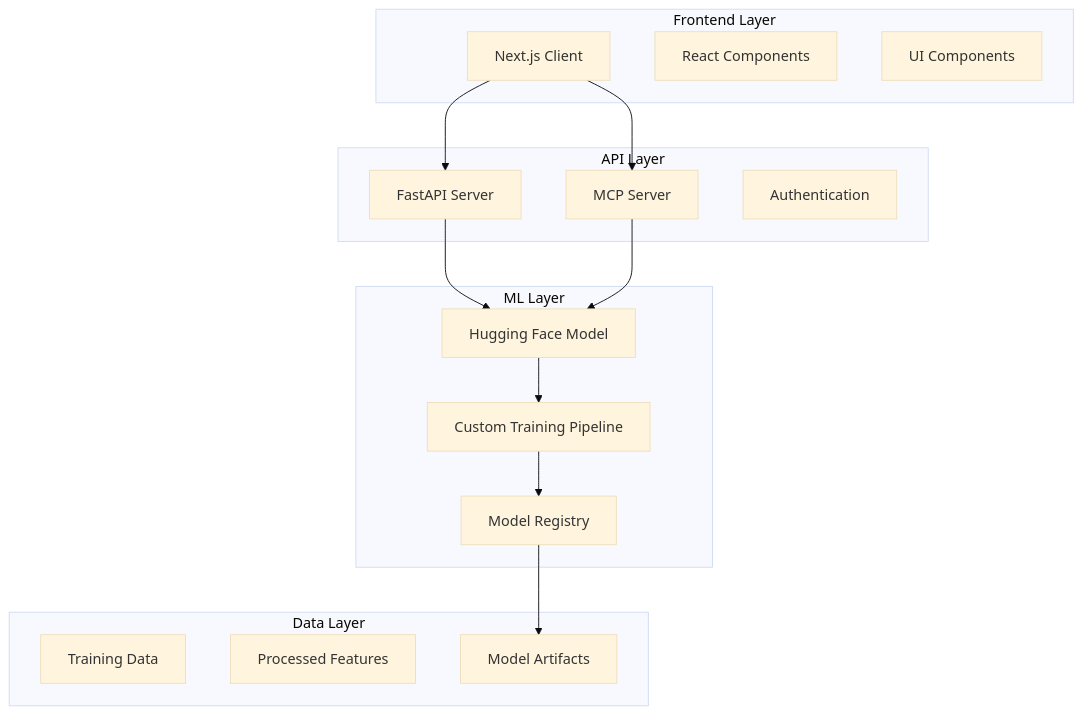
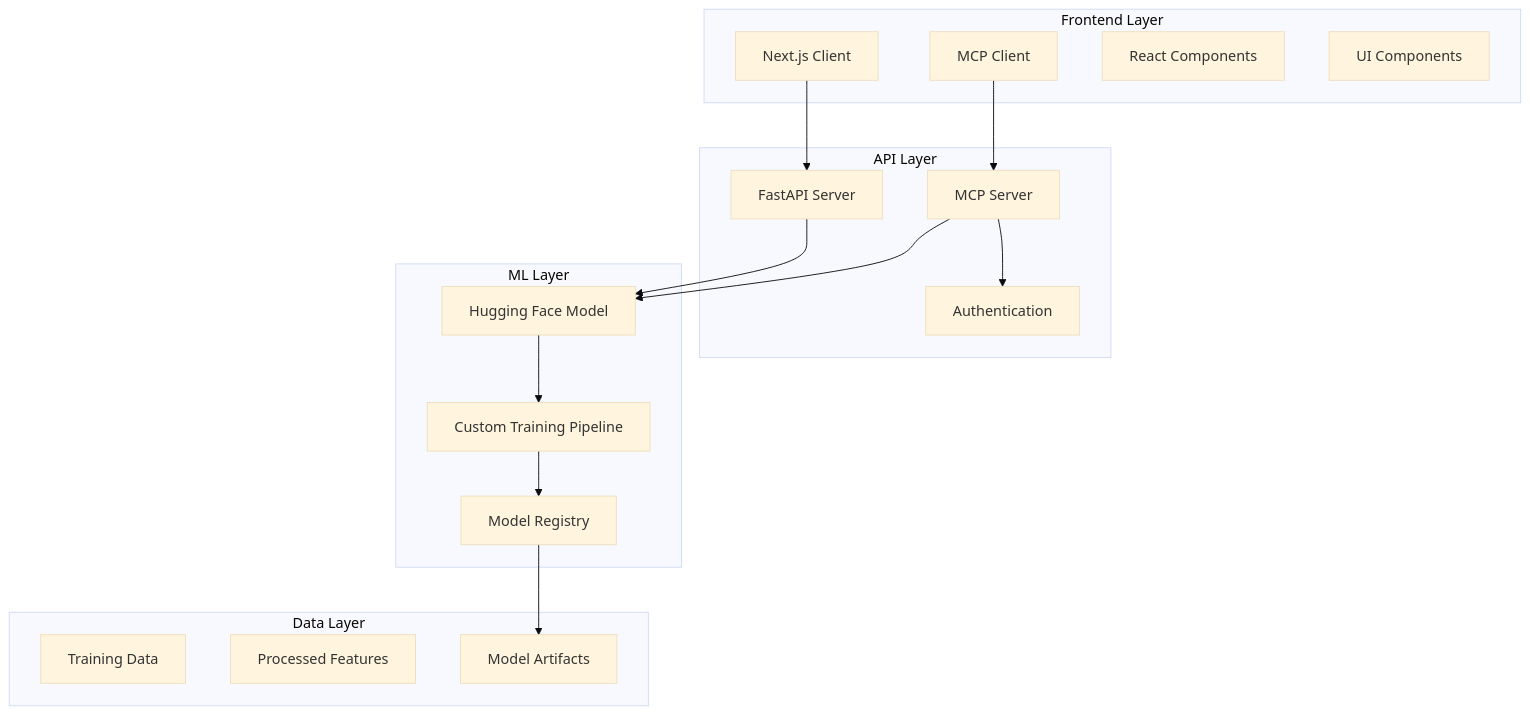
The third of 5 diagrams in README.md (tomkat-cr/abstractgo), drawn with Mermaid (base theme) before and after one commit. The commit also changed other lines of this file, not shown here.

Commit message:
Update README: Revise project description for clarity, enhance resource links, and improve system flow diagrams. Adjust installation instructions and add future feature suggestions, including better authentication and database integration.

````diff
--- a/README.md
+++ b/README.md
@@ -427,34 +427,36 @@
 ```mermaid
 graph TB
     subgraph "Frontend Layer"
+        M[MCP Client]
         A[Next.js Client]
         B[React Components]
         C[UI Components]
     end
     
     subgraph "API Layer"
         D[FastAPI Server]
         E[MCP Server]
         F[Authentication]
     end
     
     subgraph "ML Layer"
         G[Hugging Face Model]
         H[Custom Training Pipeline]
         I[Model Registry]
     end
     
     subgraph "Data Layer"
         J[Training Data]
         K[Processed Features]
         L[Model Artifacts]
     end
     
     A --> D
-    A --> E
+    M --> E
+    E --> F
     D --> G
     E --> G
     G --> H
     H --> I
     I --> L
 ```
````
